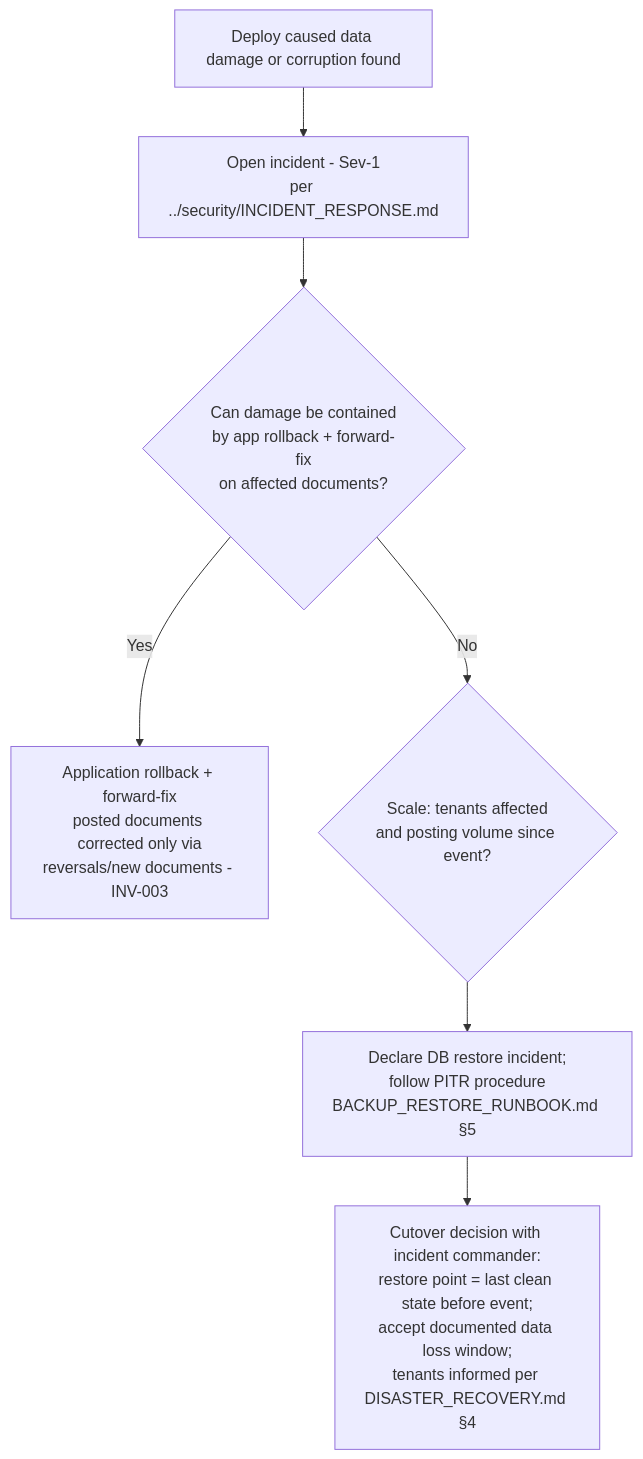
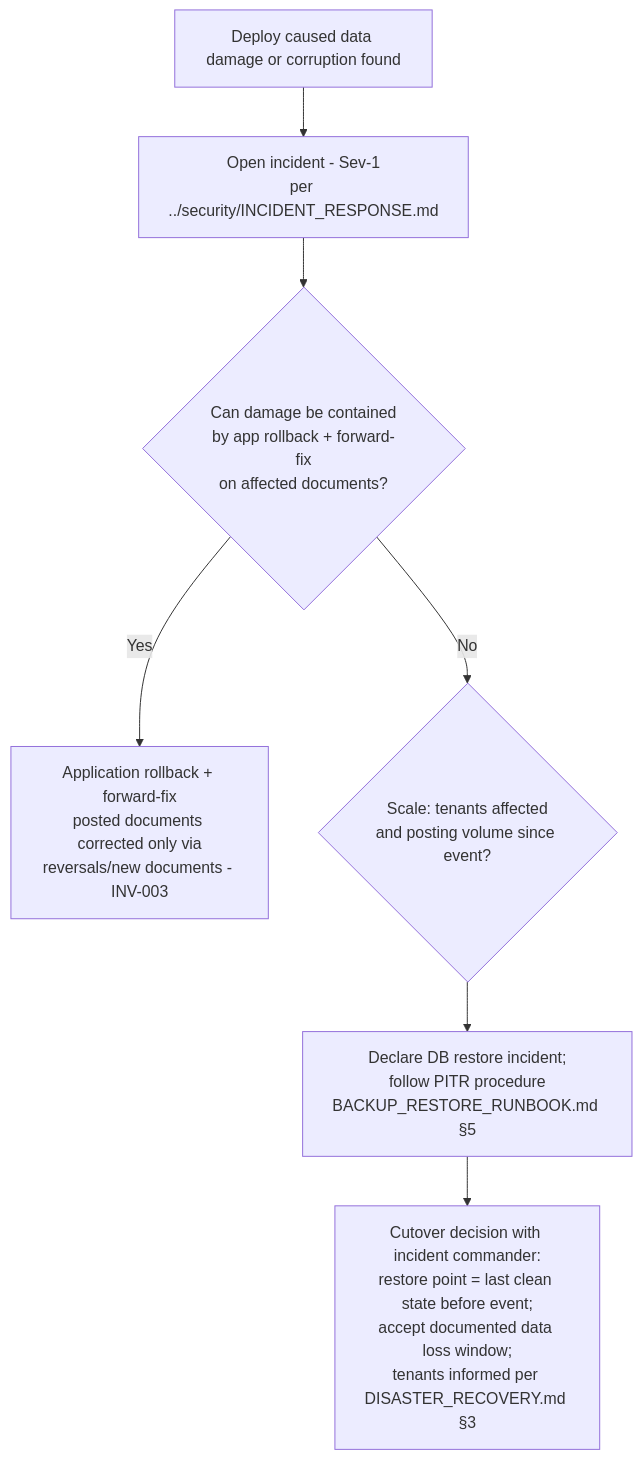
One commit to kasem520000/ERP_2 changed the diagram in docs/operations/DEPLOYMENT.md. Above: the diagram before and after it, drawn with Mermaid. The commit also changed other lines of this file and 57 other files, not shown here.

````diff
--- a/docs/operations/DEPLOYMENT.md
+++ b/docs/operations/DEPLOYMENT.md
@@ -132,9 +140,9 @@
 ```mermaid
 flowchart TD
   SYM[Deploy caused data damage or corruption found] --> INC[Open incident - Sev-1\nper ../security/INCIDENT_RESPONSE.md]
   INC --> Q1{Can damage be contained\nby app rollback + forward-fix\non affected documents?}
   Q1 -- Yes --> APP[Application rollback + forward-fix\nposted documents corrected only via\nreversals/new documents - INV-003]
   Q1 -- No --> Q2{Scale: tenants affected\nand posting volume since event?}
   Q2 --> P[Declare DB restore incident;\nfollow PITR procedure\nBACKUP_RESTORE_RUNBOOK.md §5]
-  P --> CUTOVER[Cutover decision with incident commander:\nrestore point = last clean state before event;\naccept documented data loss window;\ntenants informed per DISASTER_RECOVERY.md §4]
+  P --> CUTOVER[Cutover decision with incident commander:\nrestore point = last clean state before event;\naccept documented data loss window;\ntenants informed per DISASTER_RECOVERY.md §3]
 ```
````
